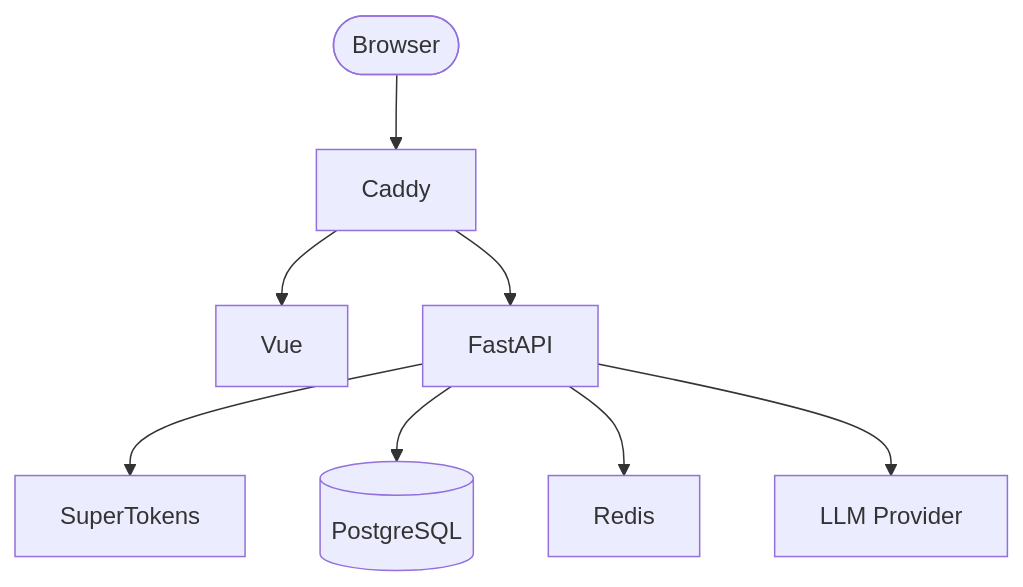
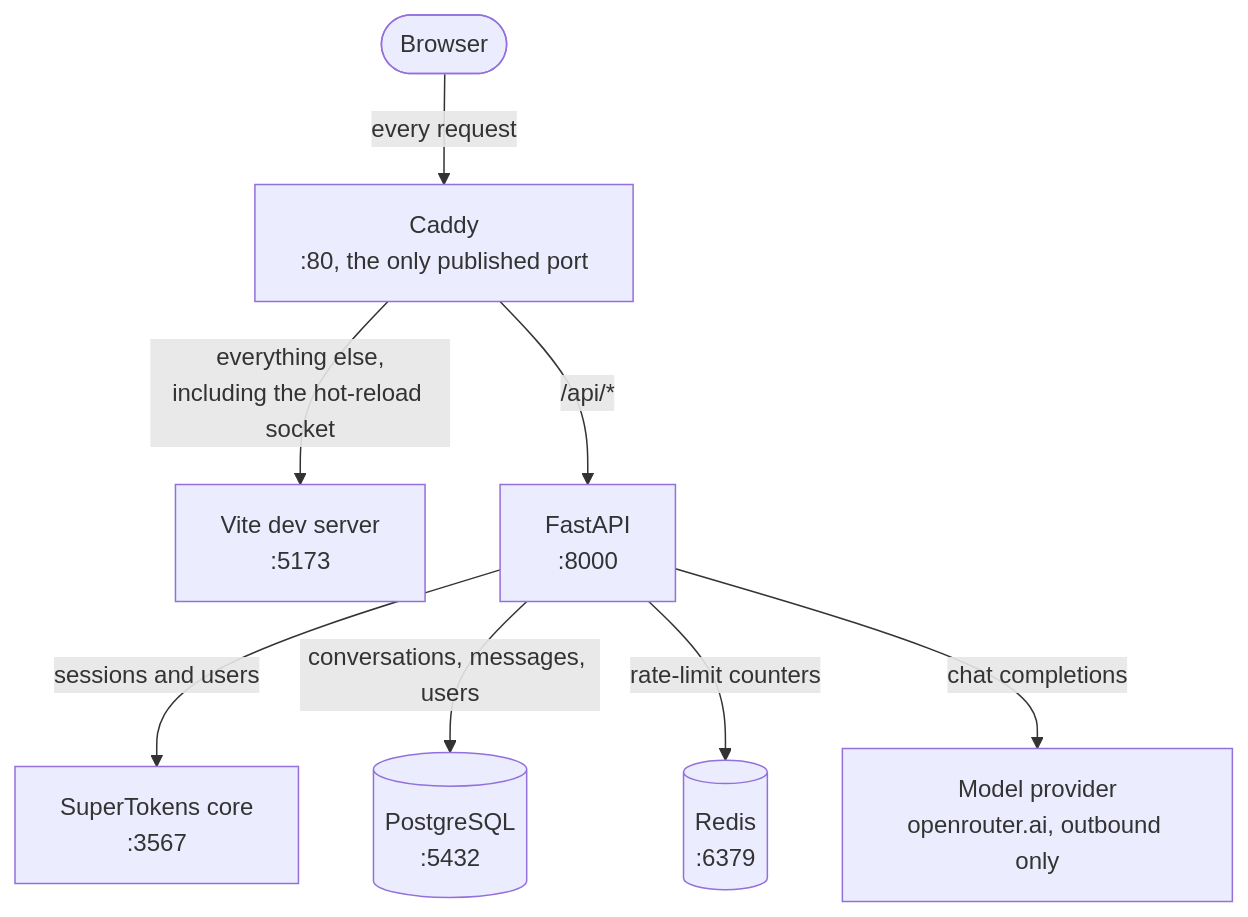
Before and after one commit to rey-obejero/ai-chat: the diagram in README.md, drawn with Mermaid. The commit also changed other lines of this file, not shown here.

````diff
--- a/README.md
+++ b/README.md
@@ -20,19 +43,19 @@
 ```mermaid
 flowchart TB
   browser(["Browser"])
-  caddy["Caddy"]
-  vue["Vue"]
-  fastapi["FastAPI"]
-  supertokens["SuperTokens"]
-  postgres[("PostgreSQL")]
-  redis["Redis"]
-  llm["LLM Provider"]
+  caddy["Caddy<br/>:80, the only published port"]
+  vite["Vite dev server<br/>:5173"]
+  fastapi["FastAPI<br/>:8000"]
+  supertokens["SuperTokens core<br/>:3567"]
+  postgres[("PostgreSQL<br/>:5432")]
+  redis[("Redis<br/>:6379")]
+  llm["Model provider<br/>openrouter.ai, outbound only"]
 
-  browser --> caddy
-  caddy --> vue
-  caddy --> fastapi
-  fastapi --> supertokens
-  fastapi --> postgres
-  fastapi --> redis
-  fastapi --> llm
+  browser -->|"every request"| caddy
+  caddy -->|"/api/*"| fastapi
+  caddy -->|"everything else,<br/>including the hot-reload socket"| vite
+  fastapi -->|"sessions and users"| supertokens
+  fastapi -->|"conversations, messages, users"| postgres
+  fastapi -->|"rate-limit counters"| redis
+  fastapi -->|"chat completions"| llm
 ```
````
